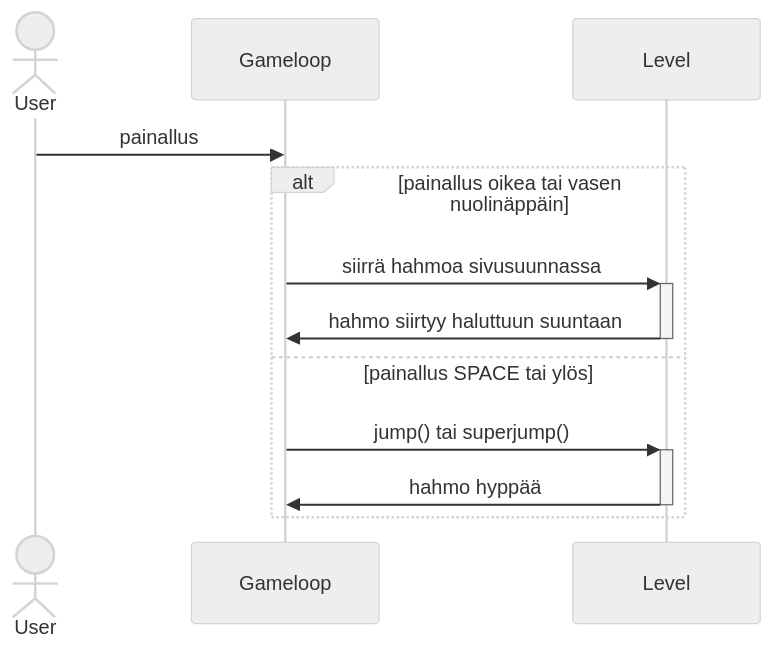
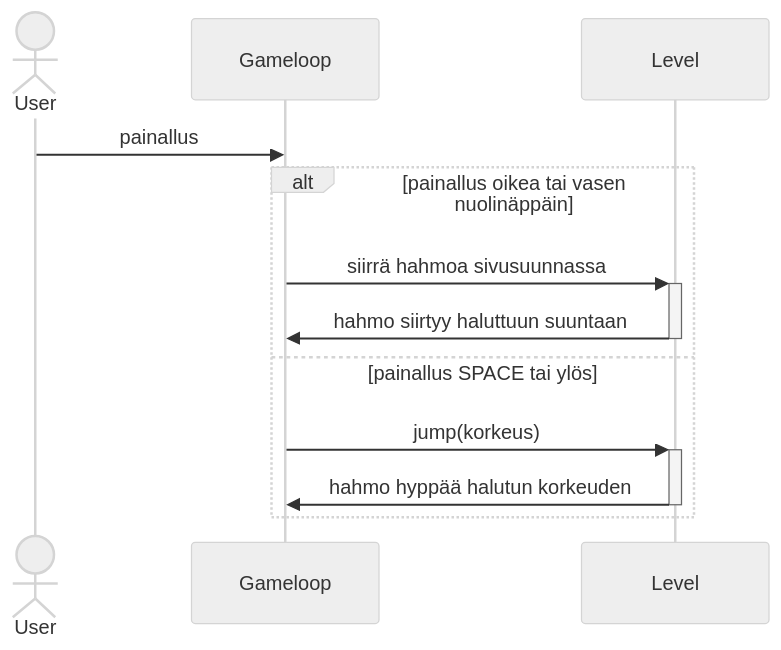
The third of 3 diagrams in platformer/dokumentaatio/arkkitehtuuri.md (Rasmusjoo/ot-harjoitustyo), drawn with Mermaid (neutral theme) before and after one commit.

Commit message:
Korjattu vanhentunut kuvaus

````diff
--- a/platformer/dokumentaatio/arkkitehtuuri.md
+++ b/platformer/dokumentaatio/arkkitehtuuri.md
@@ -40,18 +40,18 @@
 ```mermaid
 sequenceDiagram
 actor U as User
 participant G as Gameloop
 participant L as Level
 
 U->>G:painallus
 alt painallus oikea tai vasen nuolinäppäin
 G->>+L:siirrä hahmoa sivusuunnassa
 L->>-G:hahmo siirtyy haluttuun suuntaan
 else painallus SPACE tai ylös
-G->>+L:jump() tai superjump()
-L->>-G:hahmo hyppää
+G->>+L:jump(korkeus)
+L->>-G:hahmo hyppää halutun korkeuden
 end
 
 
 
 ```
````
